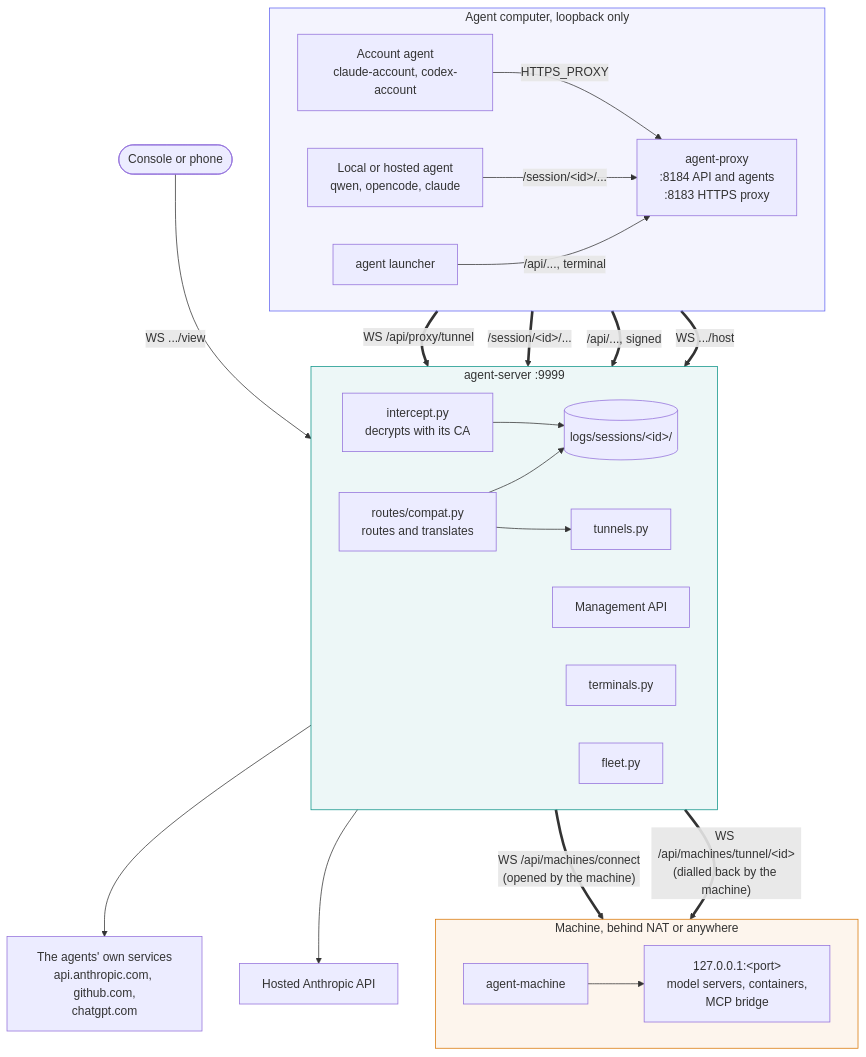
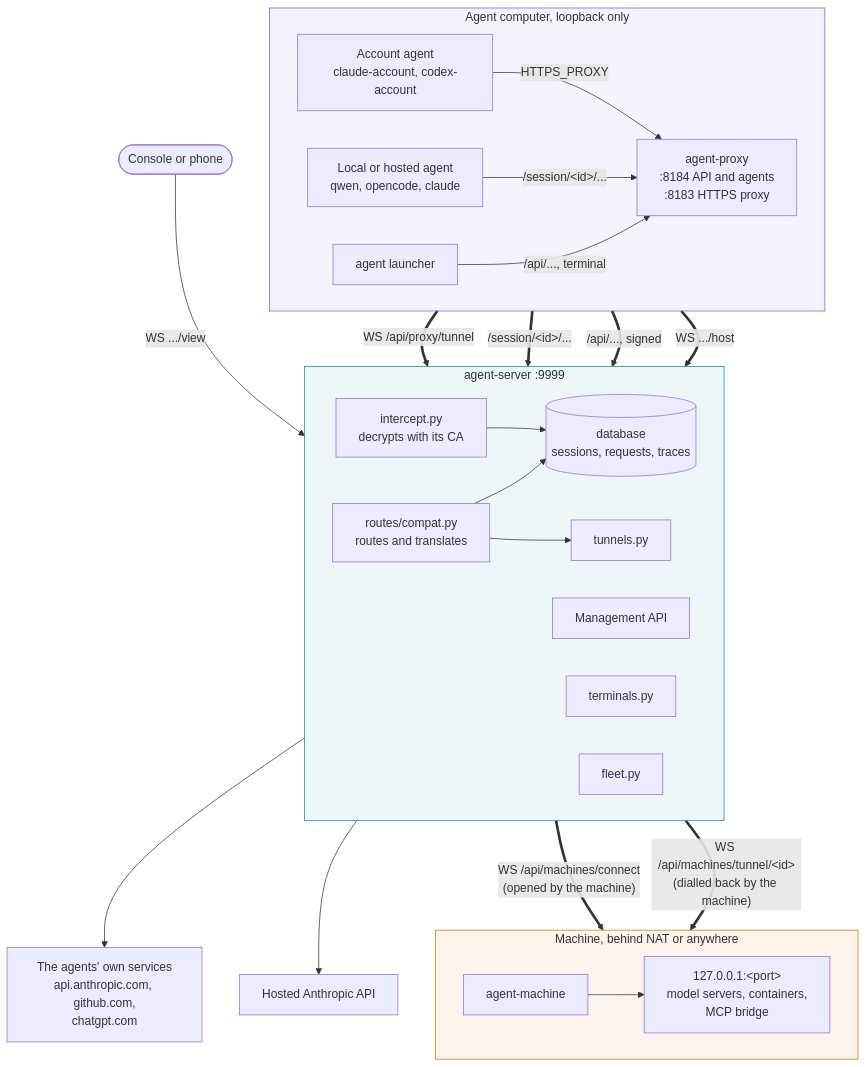
One commit to joeyenfield/ai-coding-agent-proxy changed the first of 5 diagrams in docs/architecture.md. Above: the diagram before and after it, drawn with Mermaid. The commit also changed other lines of this file and 106 other files, not shown here.

````diff
--- a/docs/architecture.md
+++ b/docs/architecture.md
@@ -39,44 +39,44 @@
 ```mermaid
 flowchart TB
   subgraph PC["Agent computer, loopback only"]
     direction LR
     acct["Account agent<br/>claude-account, codex-account"]
     local["Local or hosted agent<br/>qwen, opencode, claude"]
     launcher["agent launcher"]
     proxy["agent-proxy<br/>:8184 API and agents<br/>:8183 HTTPS proxy"]
     acct -- "HTTPS_PROXY" --> proxy
     local -- "/session/#lt;id#gt;/..." --> proxy
     launcher -- "/api/..., terminal" --> proxy
   end
   subgraph SRV["agent-server :9999"]
     direction LR
     intercept["intercept.py<br/>decrypts with its CA"]
     compat["routes/compat.py<br/>routes and translates"]
     mgmt["Management API"]
     terms["terminals.py"]
-    logs[("logs/sessions/#lt;id#gt;/")]
+    logs[("database<br/>sessions, requests, traces")]
     fleet["fleet.py"]
     tunnels["tunnels.py"]
     intercept --> logs
     compat --> logs
     compat --> tunnels
   end
   subgraph MC["Machine, behind NAT or anywhere"]
     direction LR
     am["agent-machine"]
     ports["127.0.0.1:#lt;port#gt;<br/>model servers, containers,<br/>MCP bridge"]
     am --> ports
   end
   proxy == "WS /api/proxy/tunnel" ==> intercept
   proxy == "/session/#lt;id#gt;/..." ==> compat
   proxy == "/api/..., signed" ==> mgmt
   proxy == "WS .../host" ==> terms
   viewers(["Console or phone"]) -- "WS .../view" --> terms
   intercept --> vendors["The agents' own services<br/>api.anthropic.com, github.com,<br/>chatgpt.com"]
   compat --> hosted["Hosted Anthropic API"]
   fleet == "WS /api/machines/connect<br/>(opened by the machine)" ==> am
   tunnels == "WS /api/machines/tunnel/#lt;id#gt;<br/>(dialled back by the machine)" ==> am
   style PC fill:#6366f112,stroke:#6366f1
   style SRV fill:#0d948812,stroke:#0d9488
   style MC fill:#d9770612,stroke:#d97706
 ```
````
